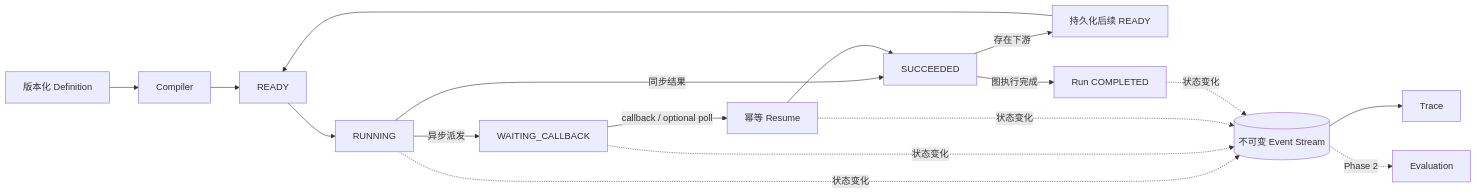
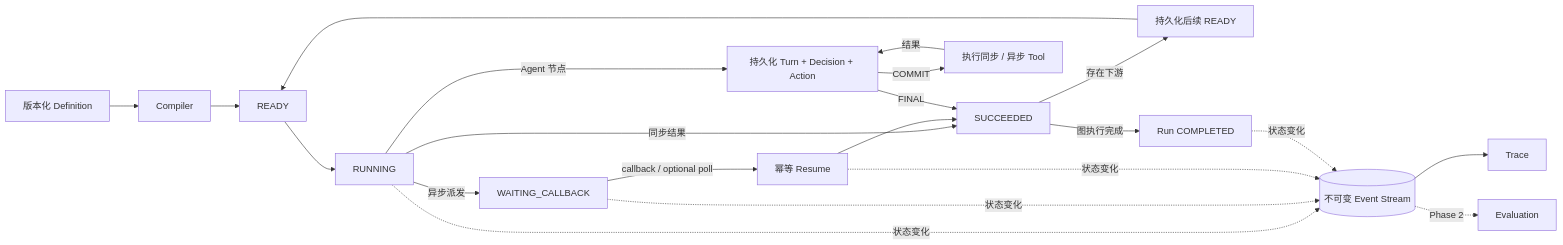
Before and after one commit to leungll/Emberling: the diagram in README.zh-CN.md, drawn with Mermaid. The commit also changed other lines of this file and 2 other files, not shown here.

Commit message:
docs: align MVP agent runtime contracts

````diff
--- a/README.zh-CN.md
+++ b/README.zh-CN.md
@@ -39,20 +39,25 @@
 ```mermaid
 flowchart LR
     DEF["版本化 Definition"] --> COMP["Compiler"]
     COMP --> READY["READY"]
     READY --> RUN["RUNNING"]
     RUN -->|同步结果| DONE["SUCCEEDED"]
     RUN -->|异步派发| WAIT["WAITING_CALLBACK"]
     WAIT -->|callback / optional poll| RESUME["幂等 Resume"]
     RESUME --> DONE
     DONE -->|存在下游| NEXT["持久化后续 READY"]
     NEXT --> READY
     DONE -->|图执行完成| COMPLETE["Run COMPLETED"]
 
+    RUN -->|Agent 节点| TURN["持久化 Turn + Decision + Action"]
+    TURN -->|COMMIT| TOOL["执行同步 / 异步 Tool"]
+    TOOL -->|结果| TURN
+    TURN -->|FINAL| DONE
+
     RUN -. 状态变化 .-> EVENT[("不可变 Event Stream")]
     WAIT -. 状态变化 .-> EVENT
     RESUME -. 状态变化 .-> EVENT
     COMPLETE -. 状态变化 .-> EVENT
     EVENT --> TRACE["Trace"]
     EVENT -. Phase 2 .-> EVAL["Evaluation"]
 ```
````
